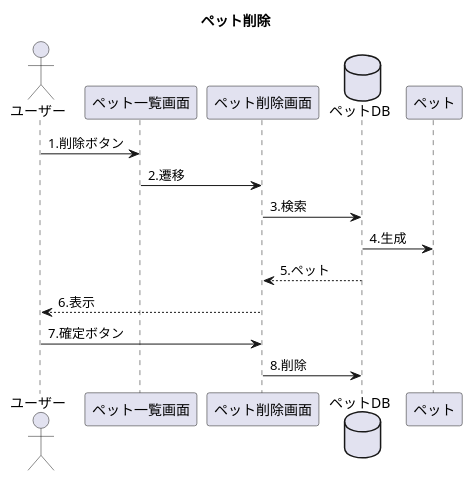
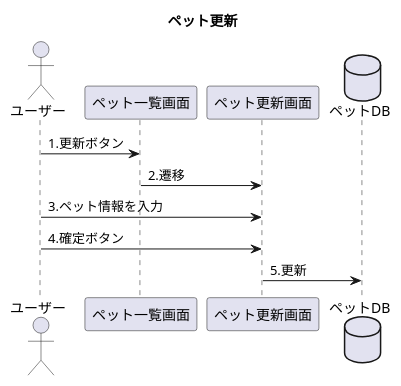
One commit to Tyamanaka07/WebSystem changed the diagram in UML/seq_petUpdate.pu. Above: the diagram before and after it, drawn with PlantUML. The commit also changed 3 other files, not shown here.

```diff
--- a/UML/seq_petUpdate.pu
+++ b/UML/seq_petUpdate.pu
@@ -1,17 +1,15 @@
 @startuml
-title ペット削除
+title ペット更新
 actor ユーザー
 participant ペット一覧画面
-participant ペット削除画面
+participant ペット更新画面
 database ペットDB
 
-ユーザー->ペット一覧画面:1.削除ボタン
-ペット一覧画面->ペット削除画面:2.遷移
-ペット削除画面->ペットDB:3.検索
-ペットDB->ペット:4.生成
-ペットDB-->ペット削除画面:5.ペット
-ペット削除画面-->ユーザー:6.表示
-ユーザー->ペット削除画面:7.確定ボタン
-ペット削除画面->ペットDB:8.削除
+ユーザー->ペット一覧画面:1.更新ボタン
+ペット一覧画面->ペット更新画面:2.遷移
+ユーザー->ペット更新画面:3.ペット情報を入力
+ユーザー->ペット更新画面:4.確定ボタン
+ペット更新画面->ペットDB:5.更新
+
 
 @enduml
```
